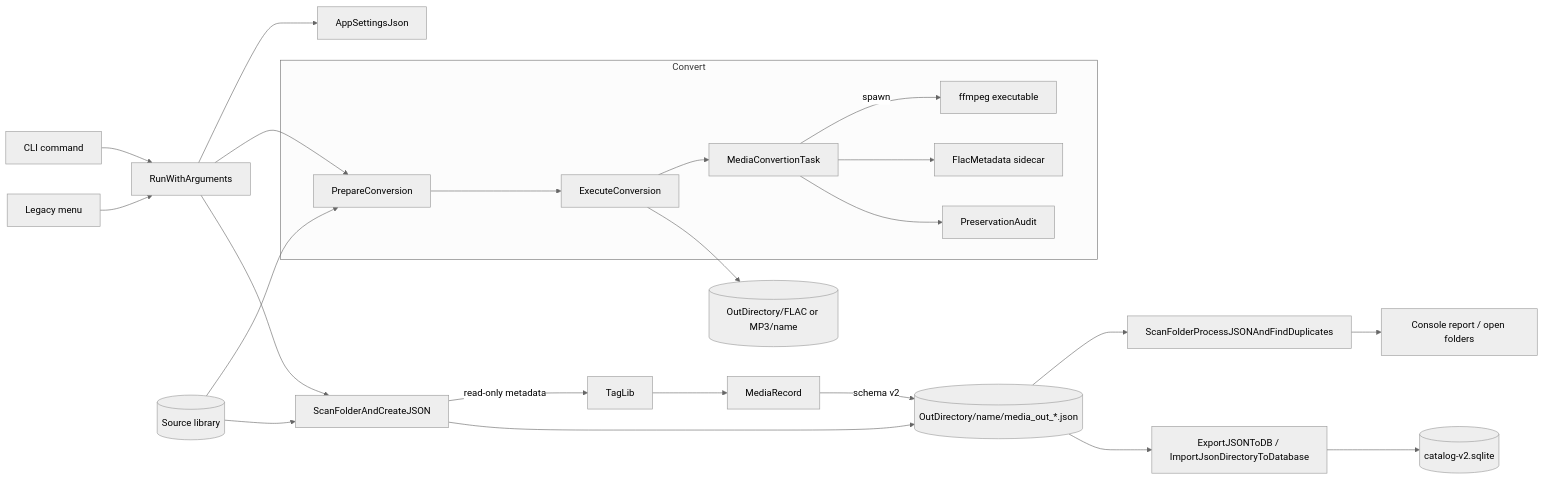
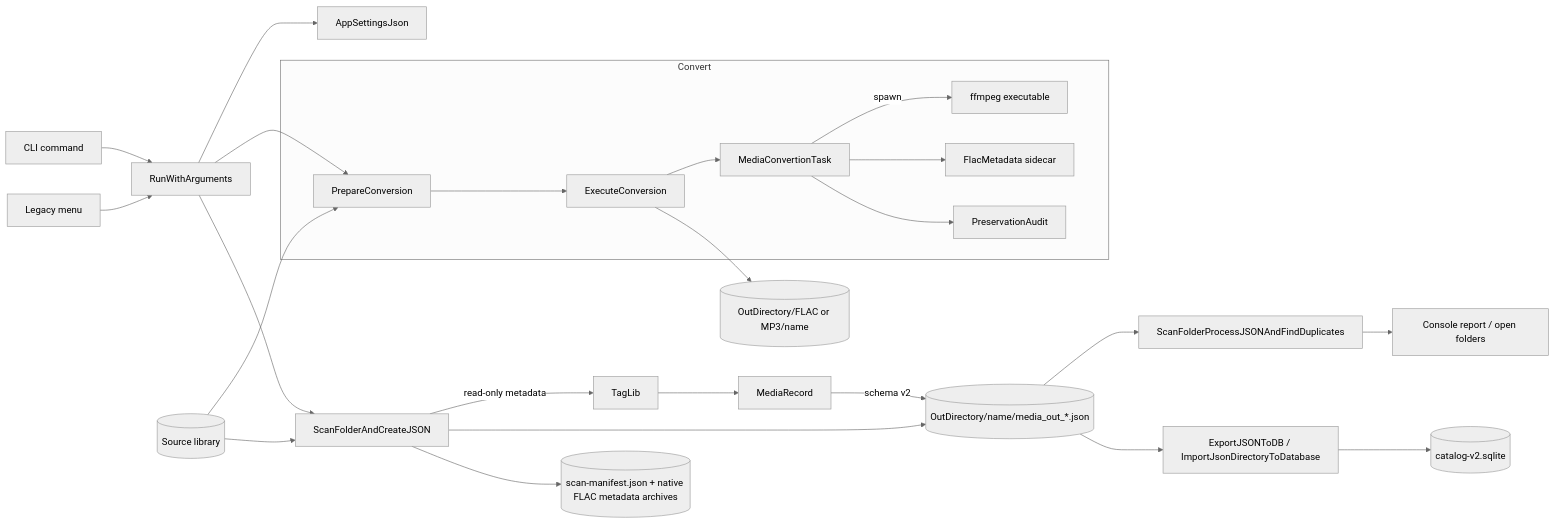
The diagram in FlacConvert/DESIGN.md (guyker/AudioFormatConverter), drawn with Mermaid (neutral theme) before and after one commit. The commit also changed other lines of this file and 20 other files, not shown here.

Commit message:
Add scan manifests and metadata archives

````diff
--- a/FlacConvert/DESIGN.md
+++ b/FlacConvert/DESIGN.md
@@ -41,26 +41,27 @@
 ```mermaid
 flowchart LR
     CLI[CLI command] --> RWA[RunWithArguments]
     Menu[Legacy menu] --> RWA
     RWA --> CFG[AppSettingsJson]
     subgraph Convert
         PC[PrepareConversion] --> EC[ExecuteConversion]
         EC --> MCT[MediaConvertionTask]
         MCT -->|spawn| FF[ffmpeg executable]
         MCT --> FM[FlacMetadata sidecar]
         MCT --> PA[PreservationAudit]
     end
     RWA --> PC
     SRC[(Source library)] --> PC
     EC --> OUT[(OutDirectory/FLAC or MP3/name)]
     RWA --> SCAN[ScanFolderAndCreateJSON]
     SRC --> SCAN
     SCAN -->|read-only metadata| TAGLIB[TagLib]
     TAGLIB --> RECORD[MediaRecord]
     RECORD -->|schema v2| JSON
     SCAN --> JSON[(OutDirectory/name/media_out_*.json)]
+    SCAN --> MANIFEST[(scan-manifest.json + native FLAC metadata archives)]
     JSON --> DUP[ScanFolderProcessJSONAndFindDuplicates]
     DUP --> REP[Console report / open folders]
     JSON --> DB[ExportJSONToDB / ImportJsonDirectoryToDatabase]
     DB --> SQL[(catalog-v2.sqlite)]
 ```
````
